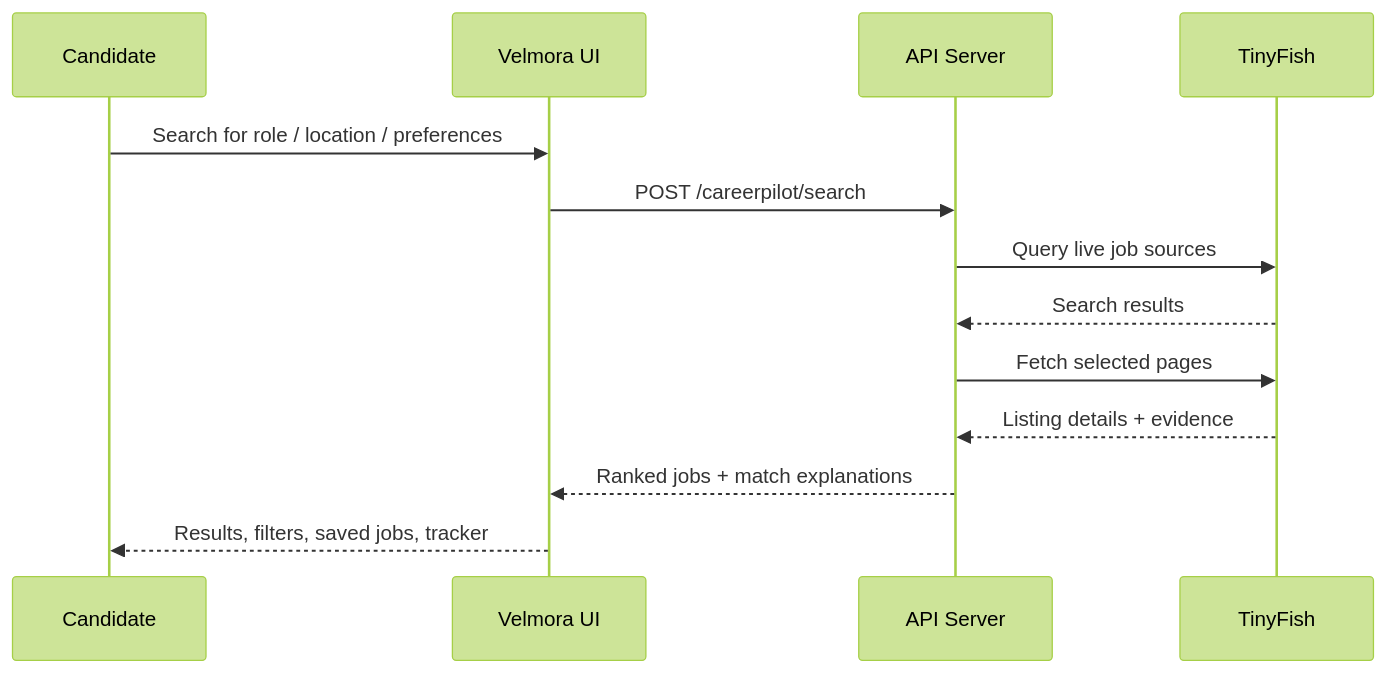
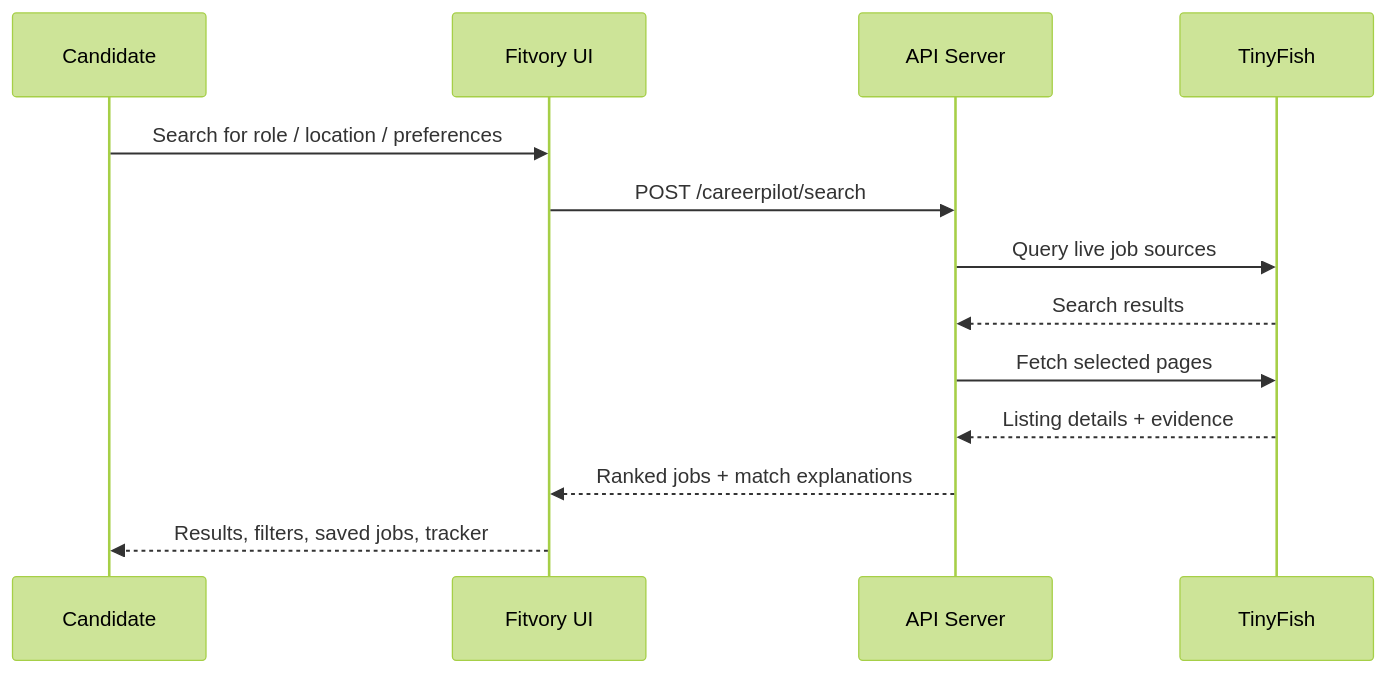
The second of 2 diagrams in README.md (vanshgoyal2007/Career-finder-new-byte-force-new-), drawn with Mermaid (forest theme) before and after one commit. The commit also changed other lines of this file and 9 other files, not shown here.

````diff
--- a/README.md
+++ b/README.md
@@ -159,16 +159,16 @@
 ```mermaid
 sequenceDiagram
     participant User as Candidate
-    participant FE as Velmora UI
+    participant FE as Fitvory UI
     participant API as API Server
     participant TF as TinyFish
 
     User->>FE: Search for role / location / preferences
     FE->>API: POST /careerpilot/search
     API->>TF: Query live job sources
     TF-->>API: Search results
     API->>TF: Fetch selected pages
     TF-->>API: Listing details + evidence
     API-->>FE: Ranked jobs + match explanations
     FE-->>User: Results, filters, saved jobs, tracker
 ```
````
